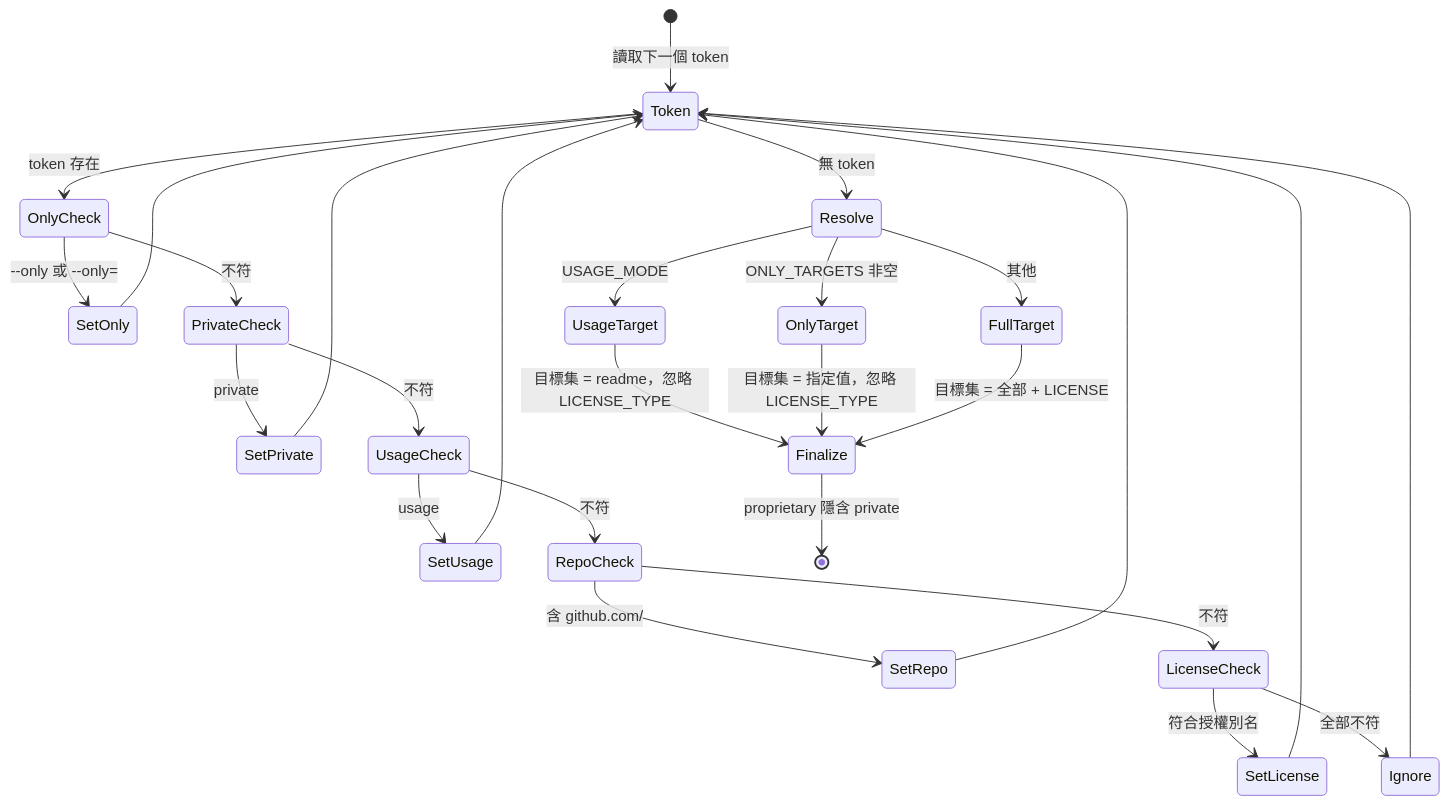
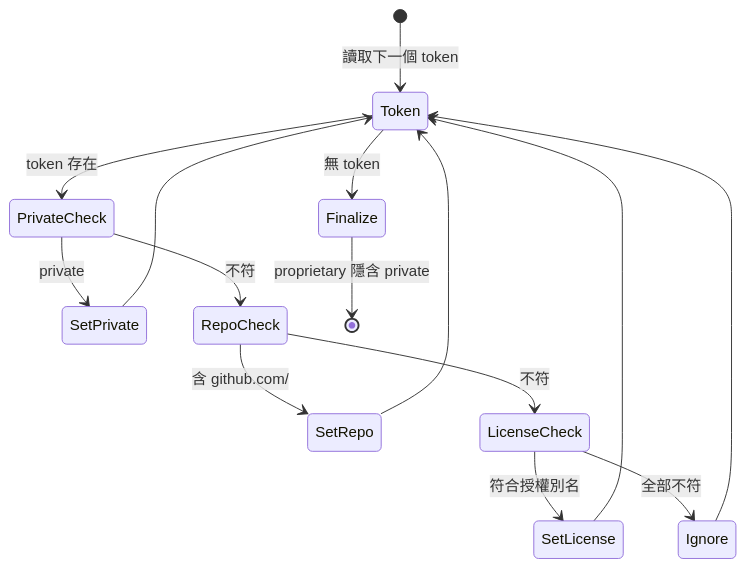
One commit to agenvoy/skill-readme-generate changed the seventh of 7 diagrams in doc/architecture.zh.md. Above: the diagram before and after it, drawn with Mermaid. The commit also changed other lines of this file and 6 other files, not shown here.

````diff
--- a/doc/architecture.zh.md
+++ b/doc/architecture.zh.md
@@ -186,29 +178,17 @@
 ```mermaid
 stateDiagram-v2
     [*] --> Token: 讀取下一個 token
-    Token --> OnlyCheck: token 存在
-    Token --> Resolve: 無 token
-    OnlyCheck --> SetOnly: --only 或 --only=
-    OnlyCheck --> PrivateCheck: 不符
+    Token --> PrivateCheck: token 存在
+    Token --> Finalize: 無 token
     PrivateCheck --> SetPrivate: private
-    PrivateCheck --> UsageCheck: 不符
-    UsageCheck --> SetUsage: usage
-    UsageCheck --> RepoCheck: 不符
+    PrivateCheck --> RepoCheck: 不符
     RepoCheck --> SetRepo: 含 github.com/
     RepoCheck --> LicenseCheck: 不符
     LicenseCheck --> SetLicense: 符合授權別名
     LicenseCheck --> Ignore: 全部不符
-    SetOnly --> Token
     SetPrivate --> Token
-    SetUsage --> Token
     SetRepo --> Token
     SetLicense --> Token
     Ignore --> Token
-    Resolve --> UsageTarget: USAGE_MODE
-    Resolve --> OnlyTarget: ONLY_TARGETS 非空
-    Resolve --> FullTarget: 其他
-    UsageTarget --> Finalize: 目標集 = readme，忽略 LICENSE_TYPE
-    OnlyTarget --> Finalize: 目標集 = 指定值，忽略 LICENSE_TYPE
-    FullTarget --> Finalize: 目標集 = 全部 + LICENSE
     Finalize --> [*]: proprietary 隱含 private
 ```
````
